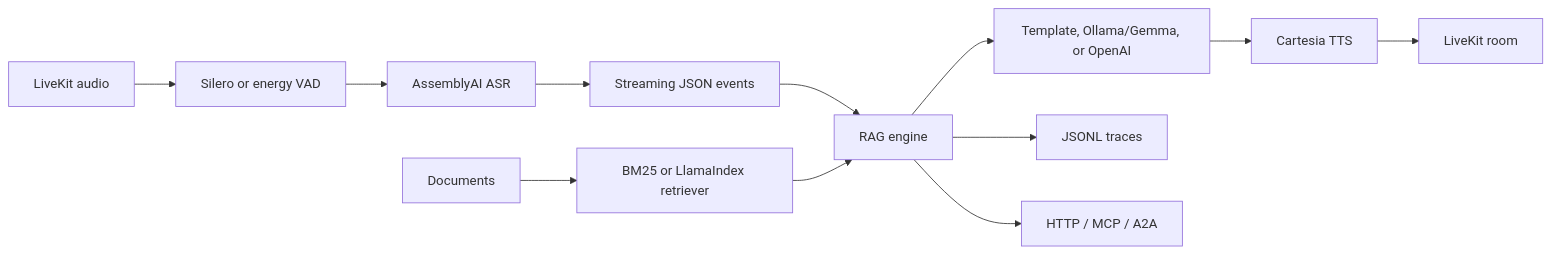
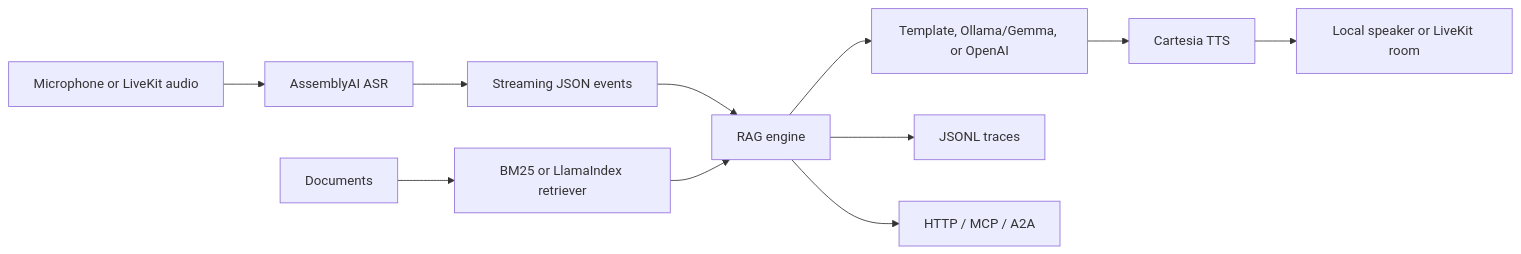
One commit to ad-github1/Real-Time-Voice-Rag-Agent changed the diagram in README.md. Above: the diagram before and after it, drawn with Mermaid. The commit also changed other lines of this file, not shown here.

````diff
--- a/README.md
+++ b/README.md
@@ -75,14 +133,13 @@
 ```mermaid
 flowchart LR
-    Mic["LiveKit audio"] --> VAD["Silero or energy VAD"]
-    VAD --> ASR["AssemblyAI ASR"]
+    Mic["Microphone or LiveKit audio"] --> ASR["AssemblyAI ASR"]
     ASR --> Events["Streaming JSON events"]
     Events --> RAG["RAG engine"]
     Docs["Documents"] --> Retriever["BM25 or LlamaIndex retriever"]
     Retriever --> RAG
     RAG --> LLM["Template, Ollama/Gemma, or OpenAI"]
     LLM --> TTS["Cartesia TTS"]
-    TTS --> Room["LiveKit room"]
+    TTS --> Speaker["Local speaker or LiveKit room"]
     RAG --> Trace["JSONL traces"]
     RAG --> API["HTTP / MCP / A2A"]
 ```
````
